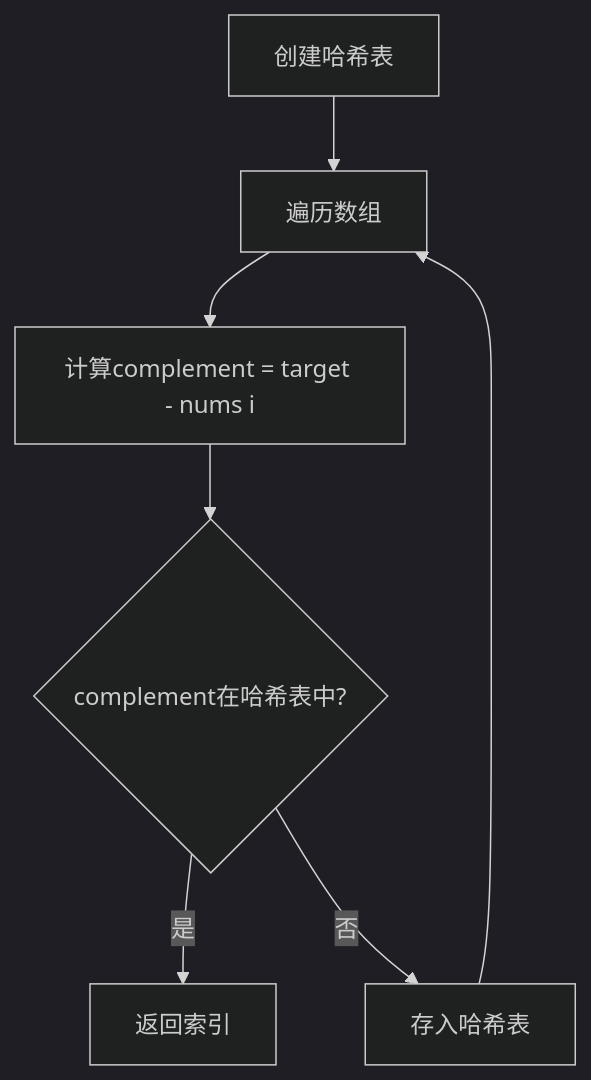
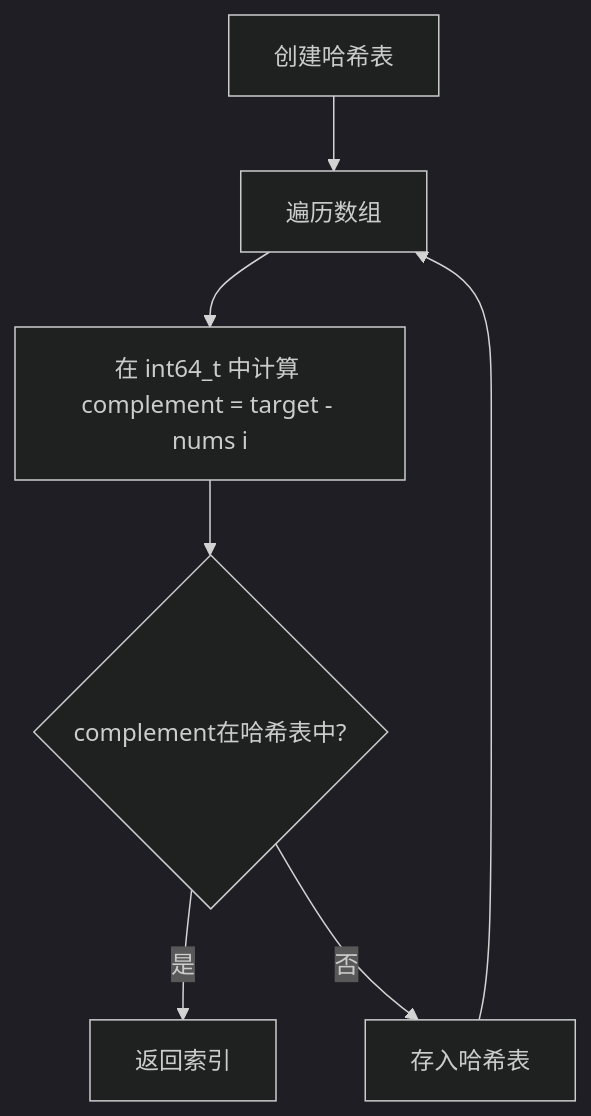
One commit to mlbo/cpp_learning changed the second of 2 diagrams in week_01/day_01/code/leetcode/0001_two_sum/README.md. Above: the diagram before and after it, drawn with Mermaid (dark theme). The commit also changed other lines of this file and 675 other files, not shown here.

````diff
--- a/week_01/day_01/code/leetcode/0001_two_sum/README.md
+++ b/week_01/day_01/code/leetcode/0001_two_sum/README.md
@@ -23,9 +23,9 @@
 ```mermaid
 flowchart TD
     A[创建哈希表] --> B[遍历数组]
-    B --> C[计算complement = target - nums i]
+    B --> C[在 int64_t 中计算 complement = target - nums i]
     C --> D{complement在哈希表中?}
     D -->|是| E[返回索引]
     D -->|否| F[存入哈希表]
     F --> B
 ```
````
